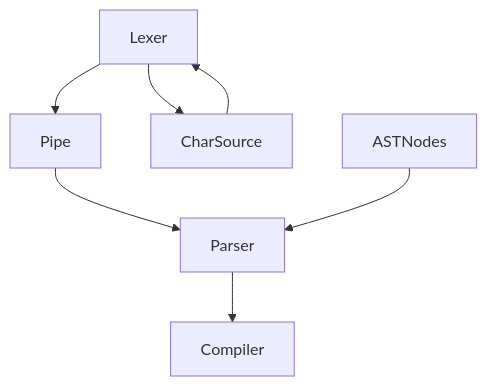
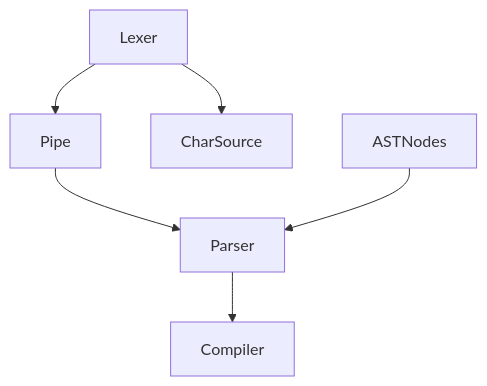
Before and after one commit to Ramzeeset/Expression-Parser: the diagram in README.md, drawn with Mermaid.

````diff
--- a/README.md
+++ b/README.md
@@ -7,9 +7,8 @@
 ```mermaid
 graph TD;
     Lexer-->Pipe;
     Lexer-->CharSource;
-    CharSource-->Lexer;
     Pipe-->Parser;
     ASTNodes-->Parser;
     Parser-->Compiler;
 ```
````
